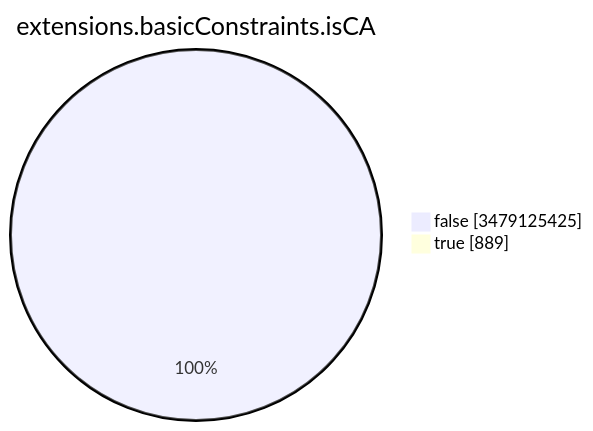
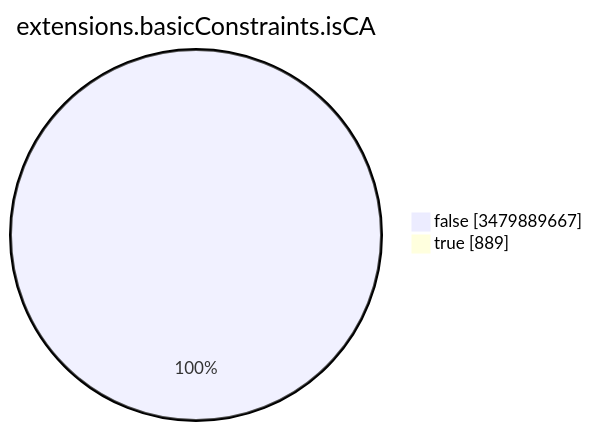
One commit to christiankrug/ctmonitor_visualization changed the seventh of 15 diagrams in TOTAL/README.md. Above: the diagram before and after it, drawn with Mermaid. The commit also changed other lines of this file, not shown here.

````diff
--- a/TOTAL/README.md
+++ b/TOTAL/README.md
@@ -3093,6 +3093,6 @@
 ```mermaid
 pie showData
 title extensions.basicConstraints.isCA
-"false" :3479125425
+"false" :3479889667
 "true" :889
 ```
````
